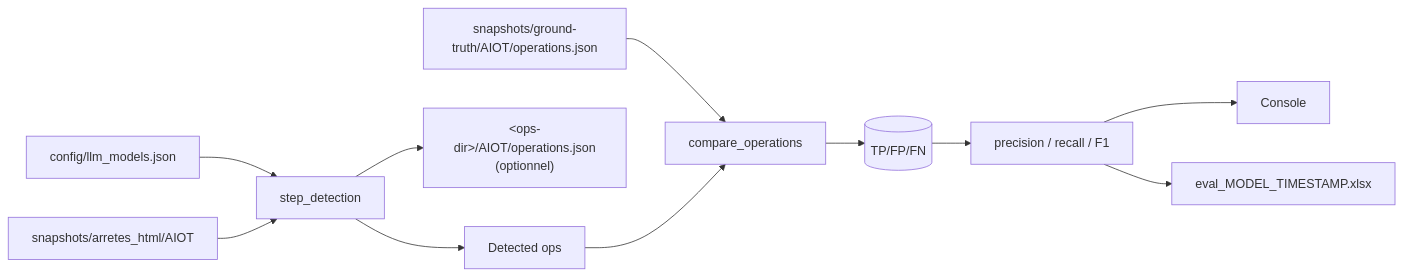
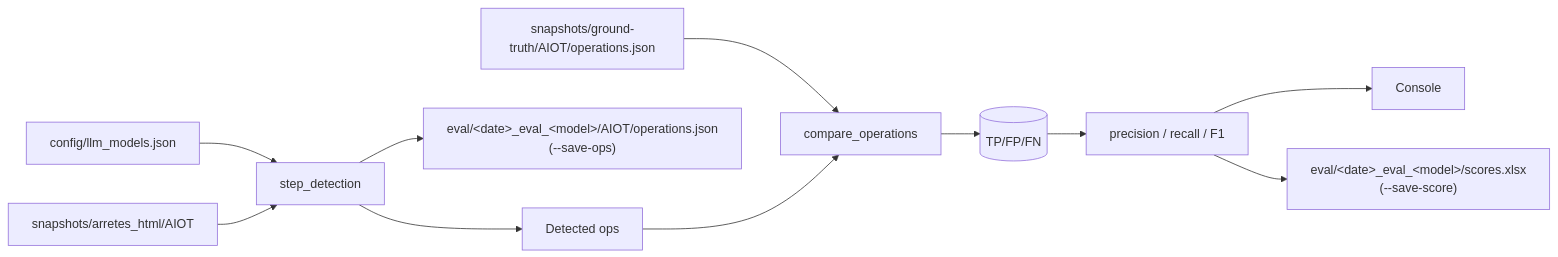
One commit to mte-dgpr/ocapi changed the diagram in docs/evaluation.md. Above: the diagram before and after it, drawn with Mermaid. The commit also changed other lines of this file and 14 other files, not shown here.

````diff
--- a/docs/evaluation.md
+++ b/docs/evaluation.md
@@ -21,13 +21,13 @@
 ```mermaid
 flowchart LR
   models[config/llm_models.json] --> det[step_detection]
   html[snapshots/arretes_html/AIOT] --> det
   det --> dops[Detected ops]
-  det --> opsfile["&lt;ops-dir&gt;/AIOT/operations.json\n(optionnel)"]
+  det --> opsfile["eval/&lt;date&gt;_eval_&lt;model&gt;/AIOT/operations.json\n(--save-ops)"]
   gt[snapshots/ground-truth/AIOT/operations.json] --> cmp[compare_operations]
   dops --> cmp
   cmp --> tp[(TP/FP/FN)]
   tp --> scores[precision / recall / F1]
   scores --> stdout[Console]
-  scores --> xlsx[eval_MODEL_TIMESTAMP.xlsx]
+  scores --> xlsx["eval/&lt;date&gt;_eval_&lt;model&gt;/scores.xlsx\n(--save-score)"]
 ```
````
